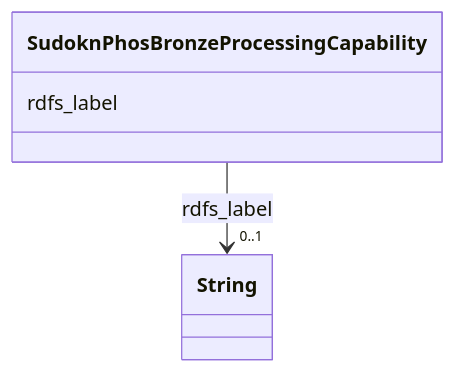
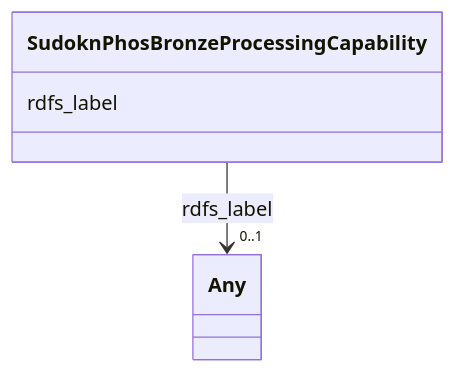
Before and after one commit to frink-okn/graph-descriptions: the diagram in sudokn-kg/classes/SudoknPhosBronzeProcessingCapability.md, drawn with Mermaid. The commit also changed other lines of this file and 903 other files, not shown here.

````diff
--- a/sudokn-kg/classes/SudoknPhosBronzeProcessingCapability.md
+++ b/sudokn-kg/classes/SudoknPhosBronzeProcessingCapability.md
@@ -23,15 +18,15 @@
 ```mermaid
  classDiagram
     class SudoknPhosBronzeProcessingCapability
     click SudoknPhosBronzeProcessingCapability href "../SudoknPhosBronzeProcessingCapability"
       SudoknPhosBronzeProcessingCapability : rdfs_label
         
           
     
     
-    SudoknPhosBronzeProcessingCapability --> "0..1" String : rdfs_label
-    click String href "../String"
+    SudoknPhosBronzeProcessingCapability --> "0..1" Any : rdfs_label
+    click Any href "../Any"
 
         
       
 ```
````
